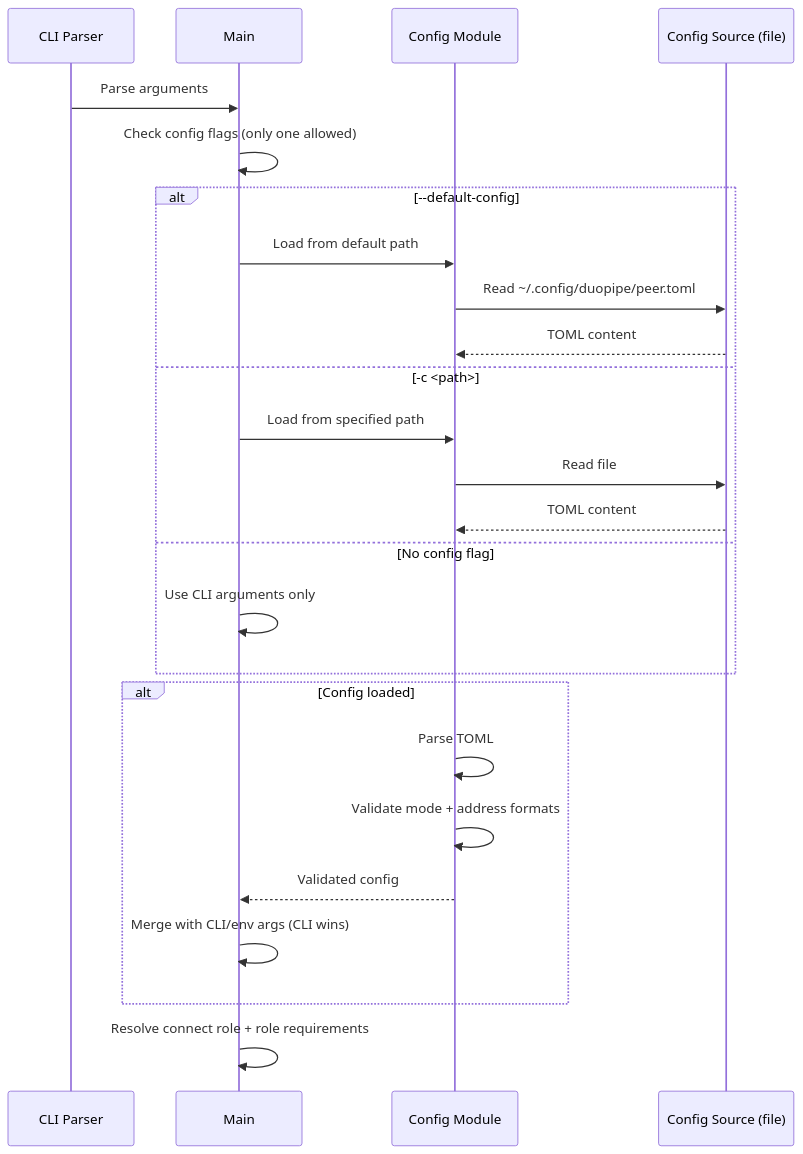
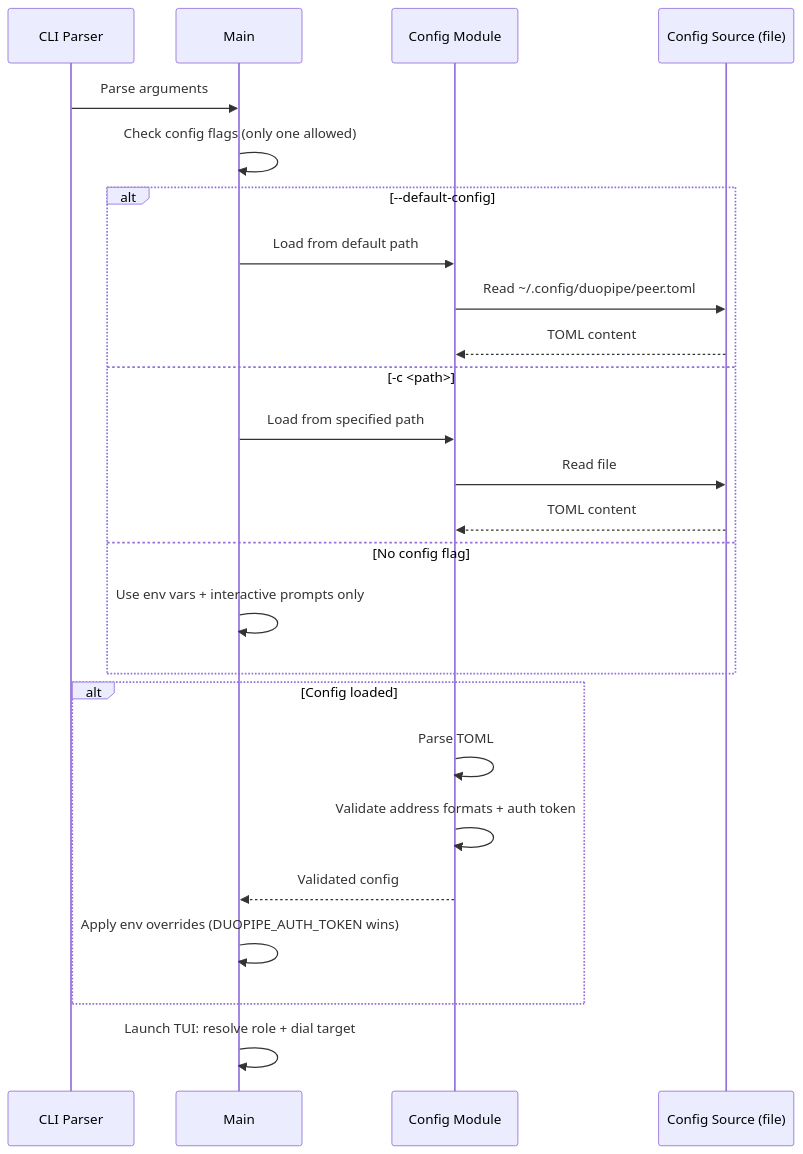
Before and after one commit to andrewtheguy/duopipe: diagram 14 of 25 in docs/ARCHITECTURE.md, drawn with Mermaid. The commit also changed other lines of this file and 14 other files, not shown here.

First line of the commit message:
feat(tui): implement interactive setup for peer configuration

````diff
--- a/docs/ARCHITECTURE.md
+++ b/docs/ARCHITECTURE.md
@@ -560,31 +520,31 @@
 ```mermaid
 sequenceDiagram
     participant CLI as CLI Parser
     participant Main as Main
     participant Config as Config Module
     participant Source as Config Source (file)
 
     CLI->>Main: Parse arguments
     Main->>Main: Check config flags (only one allowed)
 
     alt --default-config
         Main->>Config: Load from default path
         Config->>Source: Read ~/.config/duopipe/peer.toml
         Source-->>Config: TOML content
     else -c <path>
         Main->>Config: Load from specified path
         Config->>Source: Read file
         Source-->>Config: TOML content
     else No config flag
-        Main->>Main: Use CLI arguments only
+        Main->>Main: Use env vars + interactive prompts only
     end
 
     alt Config loaded
         Config->>Config: Parse TOML
-        Config->>Config: Validate mode + address formats
+        Config->>Config: Validate address formats + auth token
         Config-->>Main: Validated config
-        Main->>Main: Merge with CLI/env args (CLI wins)
+        Main->>Main: Apply env overrides (DUOPIPE_AUTH_TOKEN wins)
     end
 
-    Main->>Main: Resolve connect role + role requirements
+    Main->>Main: Launch TUI: resolve role + dial target
 ```
````
